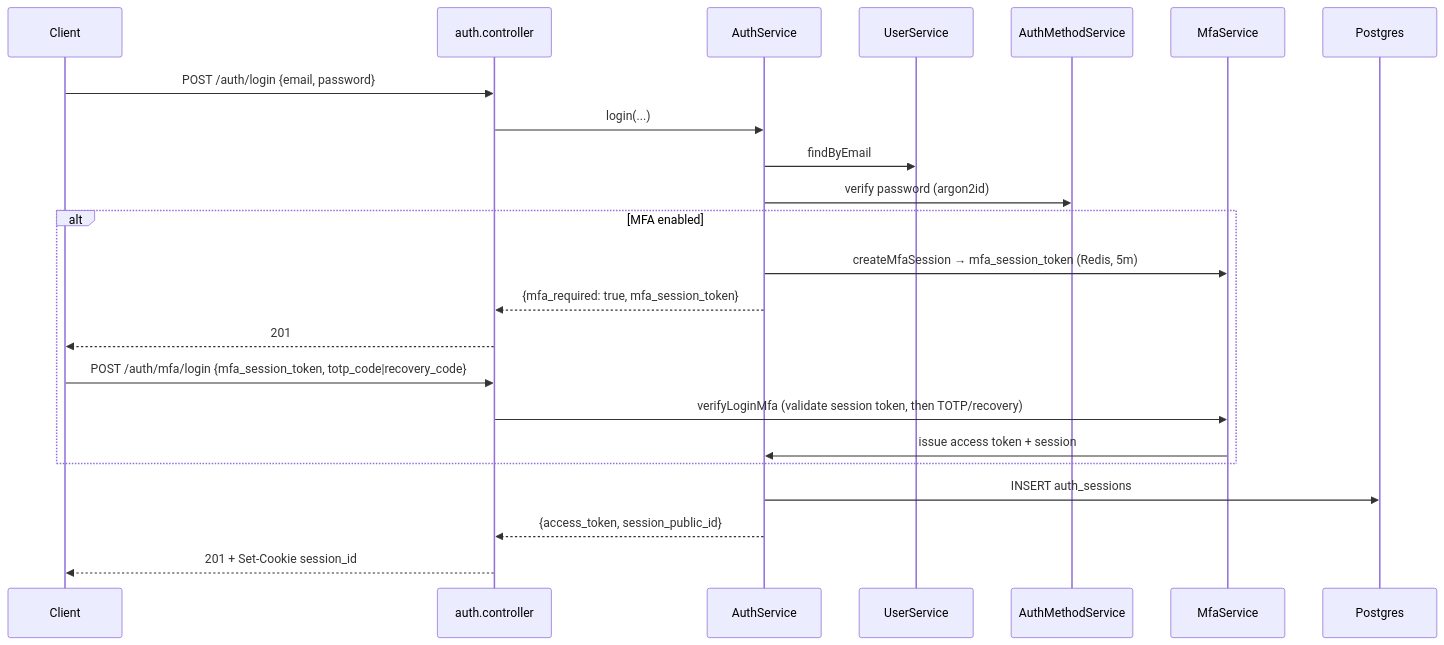
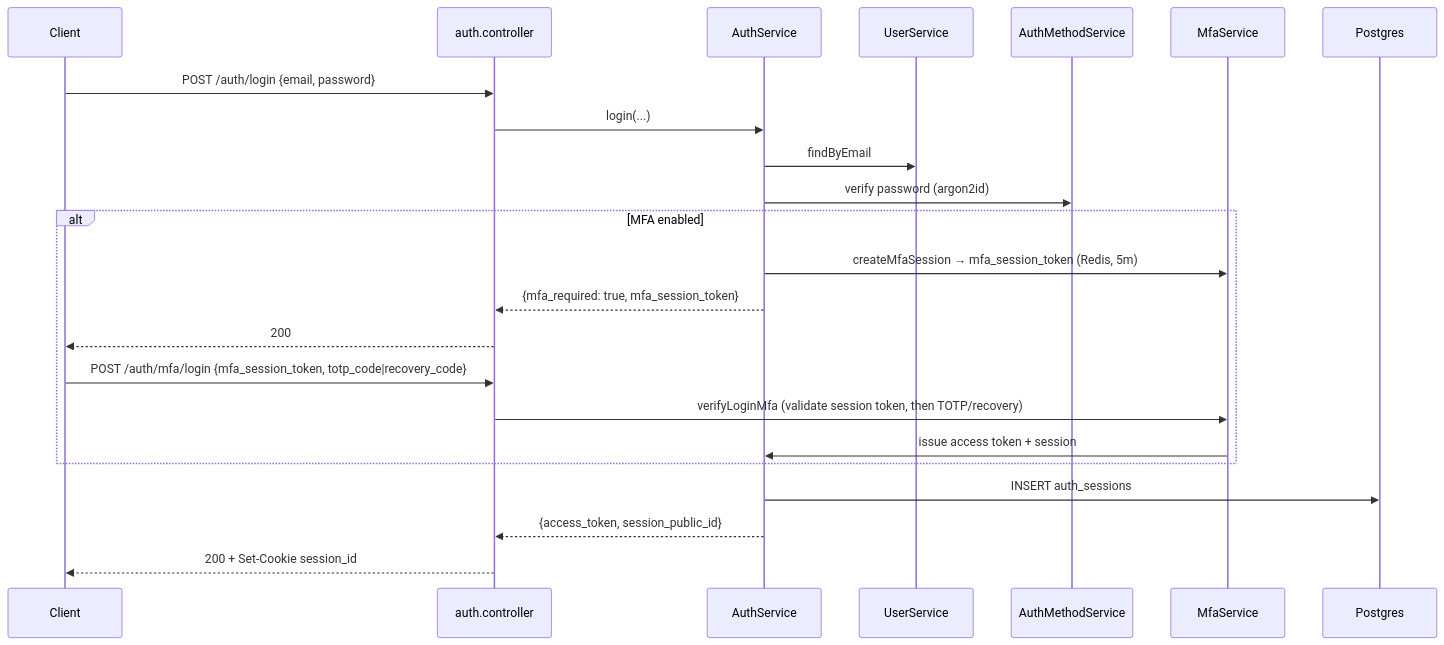
One commit to albetrios/clinozy-be changed the second of 9 diagrams in src/FLOWS.md. Above: the diagram before and after it, drawn with Mermaid. The commit also changed other lines of this file and 5 other files, not shown here.

````diff
--- a/src/FLOWS.md
+++ b/src/FLOWS.md
@@ -83,25 +83,25 @@
 ```mermaid
 sequenceDiagram
   participant Client
   participant Auth as auth.controller
   participant Login as AuthService
   participant US as UserService
   participant AM as AuthMethodService
   participant MFA as MfaService
   participant DB as Postgres
   Client->>Auth: POST /auth/login {email, password}
   Auth->>Login: login(...)
   Login->>US: findByEmail
   Login->>AM: verify password (argon2id)
   alt MFA enabled
     Login->>MFA: createMfaSession → mfa_session_token (Redis, 5m)
     Login-->>Auth: {mfa_required: true, mfa_session_token}
-    Auth-->>Client: 201
+    Auth-->>Client: 200
     Client->>Auth: POST /auth/mfa/login {mfa_session_token, totp_code|recovery_code}
     Auth->>MFA: verifyLoginMfa (validate session token, then TOTP/recovery)
     MFA->>Login: issue access token + session
   end
   Login->>DB: INSERT auth_sessions
   Login-->>Auth: {access_token, session_public_id}
-  Auth-->>Client: 201 + Set-Cookie session_id
+  Auth-->>Client: 200 + Set-Cookie session_id
 ```
````
